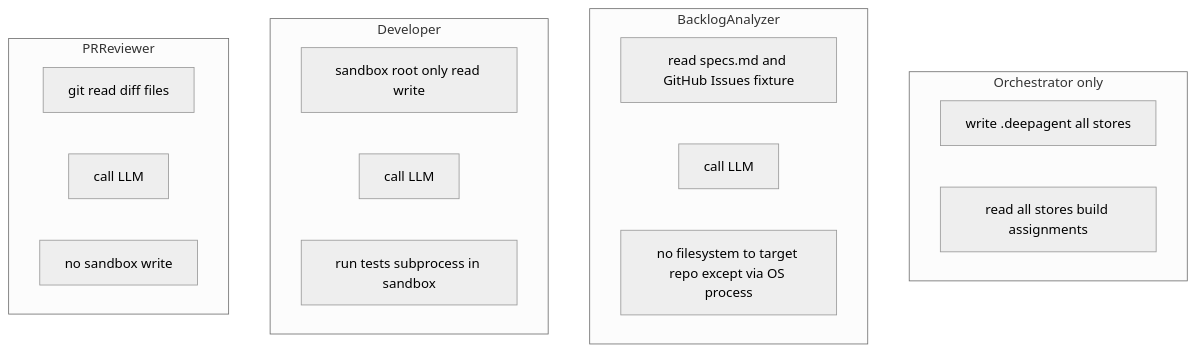
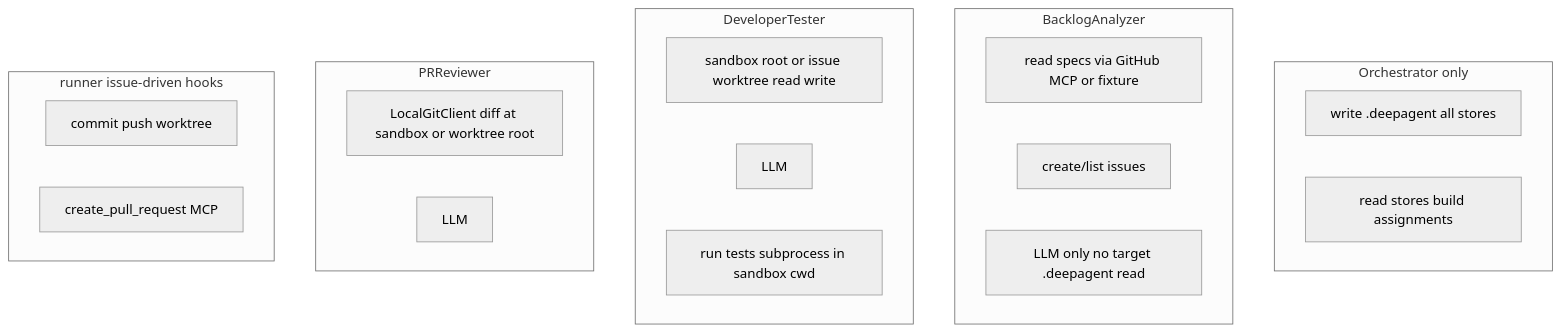
Before and after one commit to madeehrehman/sdlc_agent: the ninth of 10 diagrams in system-design.md, drawn with Mermaid (neutral theme). The commit also changed other lines of this file and 1 other file, not shown here.

First line of the commit message:
feat: enhance architecture and system design documentation

````diff
--- a/system-design.md
+++ b/system-design.md
@@ -257,25 +363,29 @@
 ```mermaid
 flowchart TB
   subgraph Orchestrator_only["Orchestrator only"]
-    W["write .deepagent all stores"]
-    R["read all stores build assignments"]
+    W[write .deepagent all stores]
+    R[read stores build assignments]
   end
 
   subgraph BA["BacklogAnalyzer"]
-    B1["read specs.md and GitHub Issues fixture"]
-    B2["call LLM"]
-    B3["no filesystem to target repo except via OS process"]
+    B1[read specs via GitHub MCP or fixture]
+    B2[create/list issues]
+    B3[LLM only no target .deepagent read]
   end
 
-  subgraph DV["Developer"]
-    D1["sandbox root only read write"]
-    D2["call LLM"]
-    D3["run tests subprocess in sandbox"]
+  subgraph DV["DeveloperTester"]
+    D1[sandbox root or issue worktree read write]
+    D2[LLM]
+    D3[run tests subprocess in sandbox cwd]
   end
 
   subgraph PRr["PRReviewer"]
-    P1["git read diff files"]
-    P2["call LLM"]
-    P3["no sandbox write"]
+    P1[LocalGitClient diff at sandbox or worktree root]
+    P2[LLM]
+  end
+
+  subgraph Runner_only["runner issue-driven hooks"]
+    H1[commit push worktree]
+    H2[create_pull_request MCP]
   end
 ```
````
